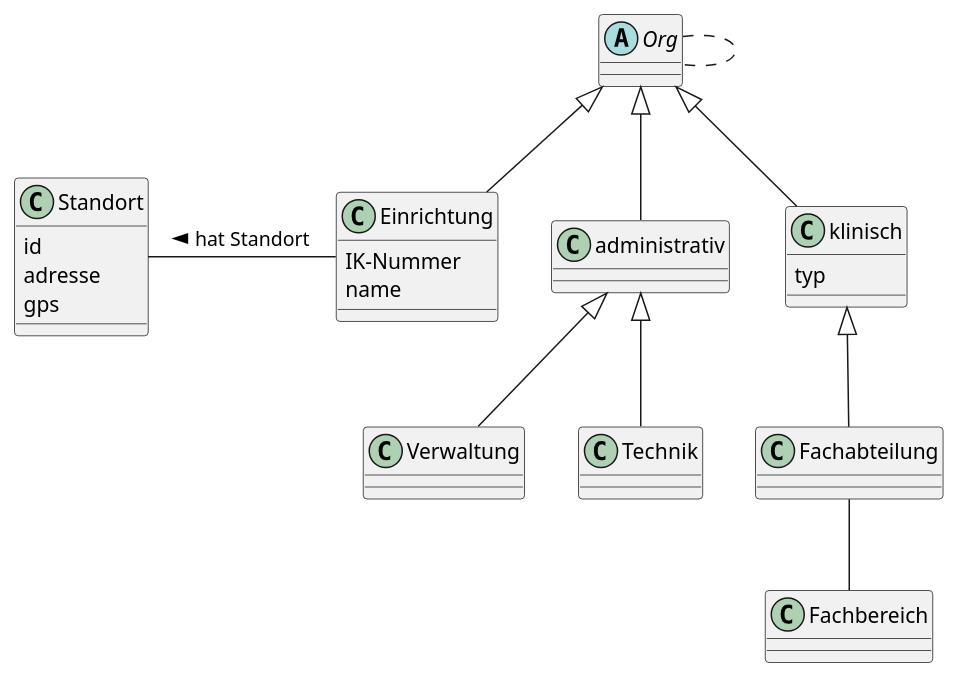
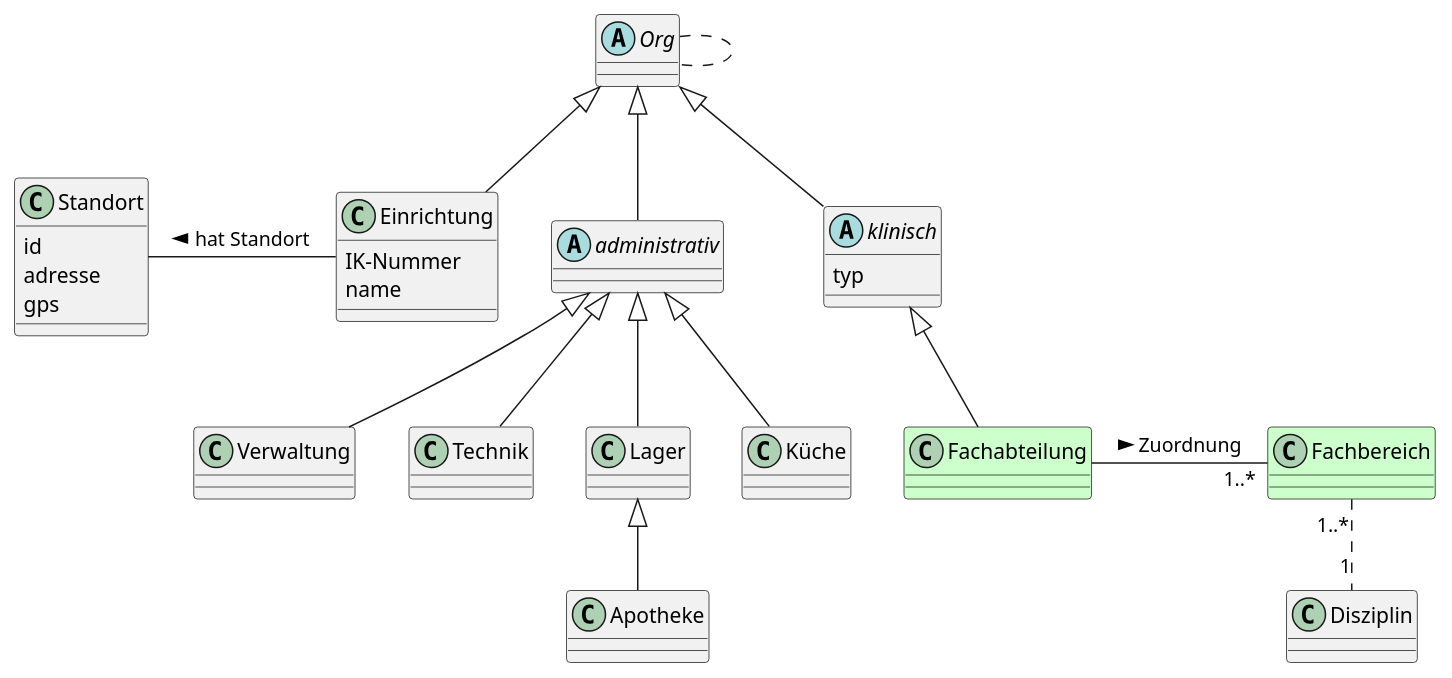
One commit to IHE-Germany/fachbereich changed the diagram in input/images-source/info_model.plantuml. Above: the diagram before and after it, drawn with PlantUML. The commit also changed 10 other files, not shown here.

```diff
--- a/input/images-source/info_model.plantuml
+++ b/input/images-source/info_model.plantuml
@@ -1,42 +1,52 @@
 @startuml
 
 abstract class "Org" as org
 
 org .left. org
 
-class "administrativ" as adm
+abstract class "administrativ" as adm
 
-class "klinisch" as klin {
+abstract class "klinisch" as klin {
     typ
 }
 
-class "Fachabteilung" as fabt
+class "Fachabteilung" as fabt #cfc
 
 class "Verwaltung" as verw
 class "Technik" as technik
+class "Lager" as lager
+class "Apotheke" as apo
+class "Küche" as kueche
 
 org <|-- adm
 org <|-- klin
 org <|-- einr
 klin <|-- fabt
 adm <|-- verw
 adm <|-- technik
+adm <|-- lager
+lager <|-- apo
+adm <|-- kueche
 
 class "Einrichtung" as einr {
     IK-Nummer
     name
 }
 
 class "Standort" as ort {
     id
     adresse
     gps
 }
 
 einr -left- ort : > hat Standort
 
-class "Fachbereich" as fachb
+class "Fachbereich" as fachb #cfc
 
-fabt -- fachb
+fabt -right- "1..*" fachb : Zuordnung >
+
+class "Disziplin" as disz
+
+fachb "1..*" .. "1" disz
 
 @enduml
```
